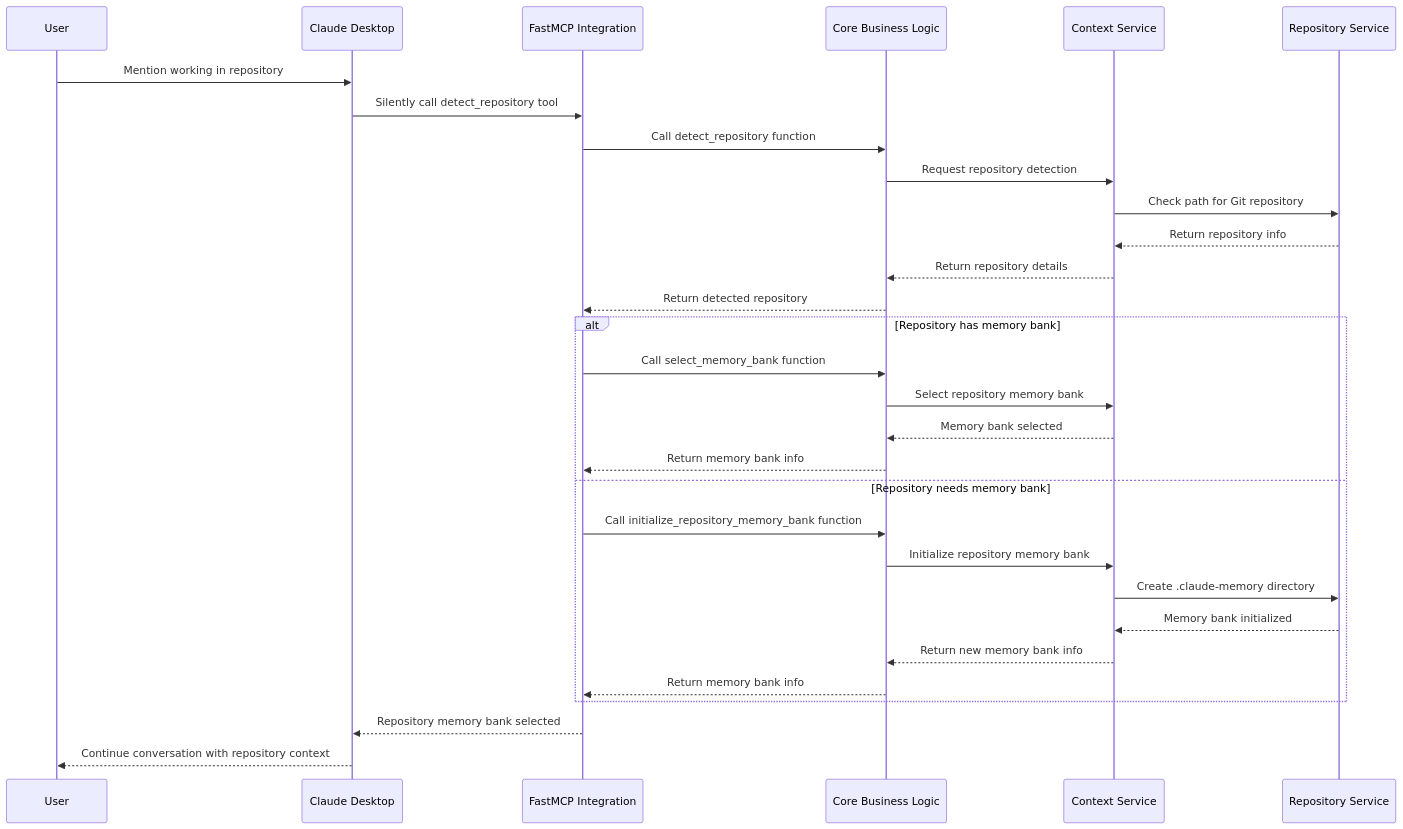
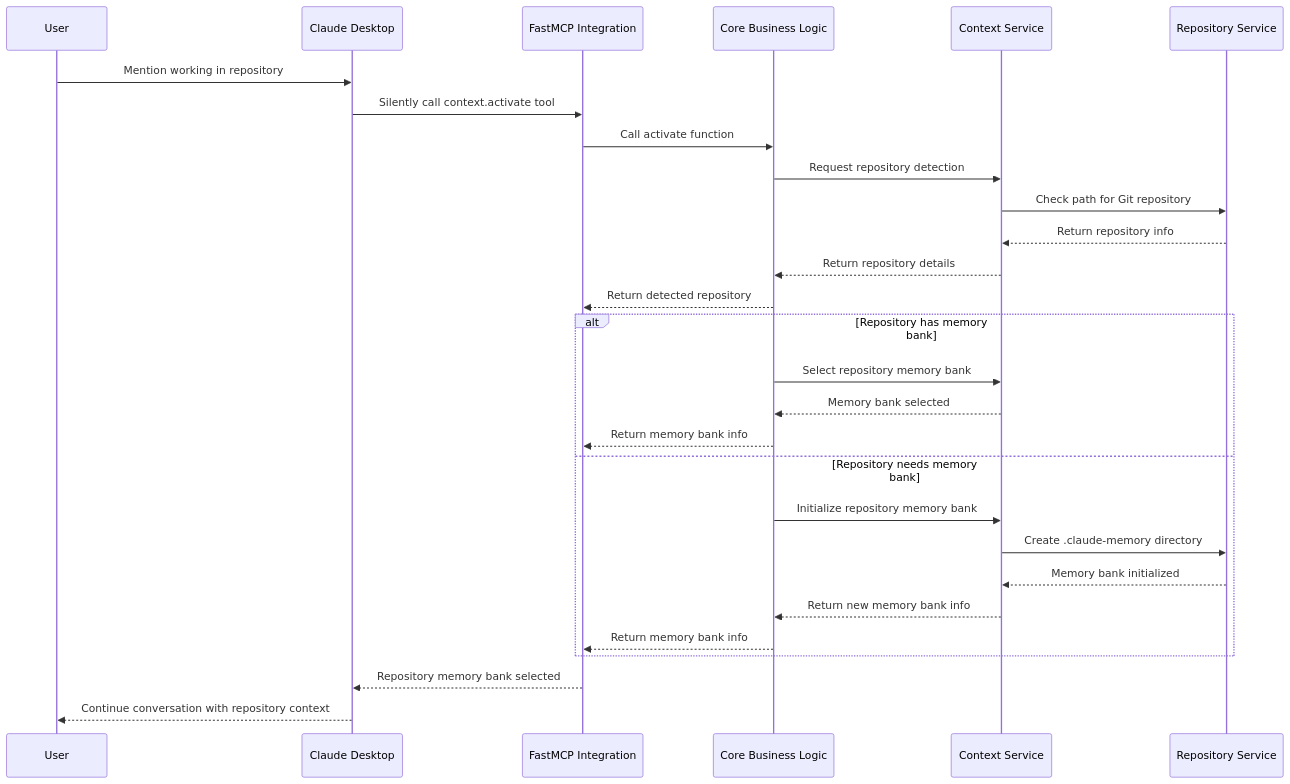
The eighth of 9 diagrams in doc/mcp-design.md (philippe-guerit/claude-desktop-memory-bank), drawn with Mermaid before and after one commit. The commit also changed other lines of this file and 12 other files, not shown here.

````diff
--- a/doc/mcp-design.md
+++ b/doc/mcp-design.md
@@ -328,35 +328,33 @@
 ```mermaid
 sequenceDiagram
     participant User
     participant CD as Claude Desktop
     participant FastMCP as FastMCP Integration
     participant Core as Core Business Logic
     participant ContextSvc as Context Service
     participant RepoSvc as Repository Service
     
     User->>CD: Mention working in repository
-    CD->>FastMCP: Silently call detect_repository tool
-    FastMCP->>Core: Call detect_repository function
+    CD->>FastMCP: Silently call context.activate tool
+    FastMCP->>Core: Call activate function
     Core->>ContextSvc: Request repository detection
     ContextSvc->>RepoSvc: Check path for Git repository
     RepoSvc-->>ContextSvc: Return repository info
     ContextSvc-->>Core: Return repository details
     Core-->>FastMCP: Return detected repository
     
     alt Repository has memory bank
-        FastMCP->>Core: Call select_memory_bank function
         Core->>ContextSvc: Select repository memory bank
         ContextSvc-->>Core: Memory bank selected
         Core-->>FastMCP: Return memory bank info
     else Repository needs memory bank
-        FastMCP->>Core: Call initialize_repository_memory_bank function
         Core->>ContextSvc: Initialize repository memory bank
         ContextSvc->>RepoSvc: Create .claude-memory directory
         RepoSvc-->>ContextSvc: Memory bank initialized
         ContextSvc-->>Core: Return new memory bank info
         Core-->>FastMCP: Return memory bank info
     end
     
     FastMCP-->>CD: Repository memory bank selected
     CD-->>User: Continue conversation with repository context
 ```
````
